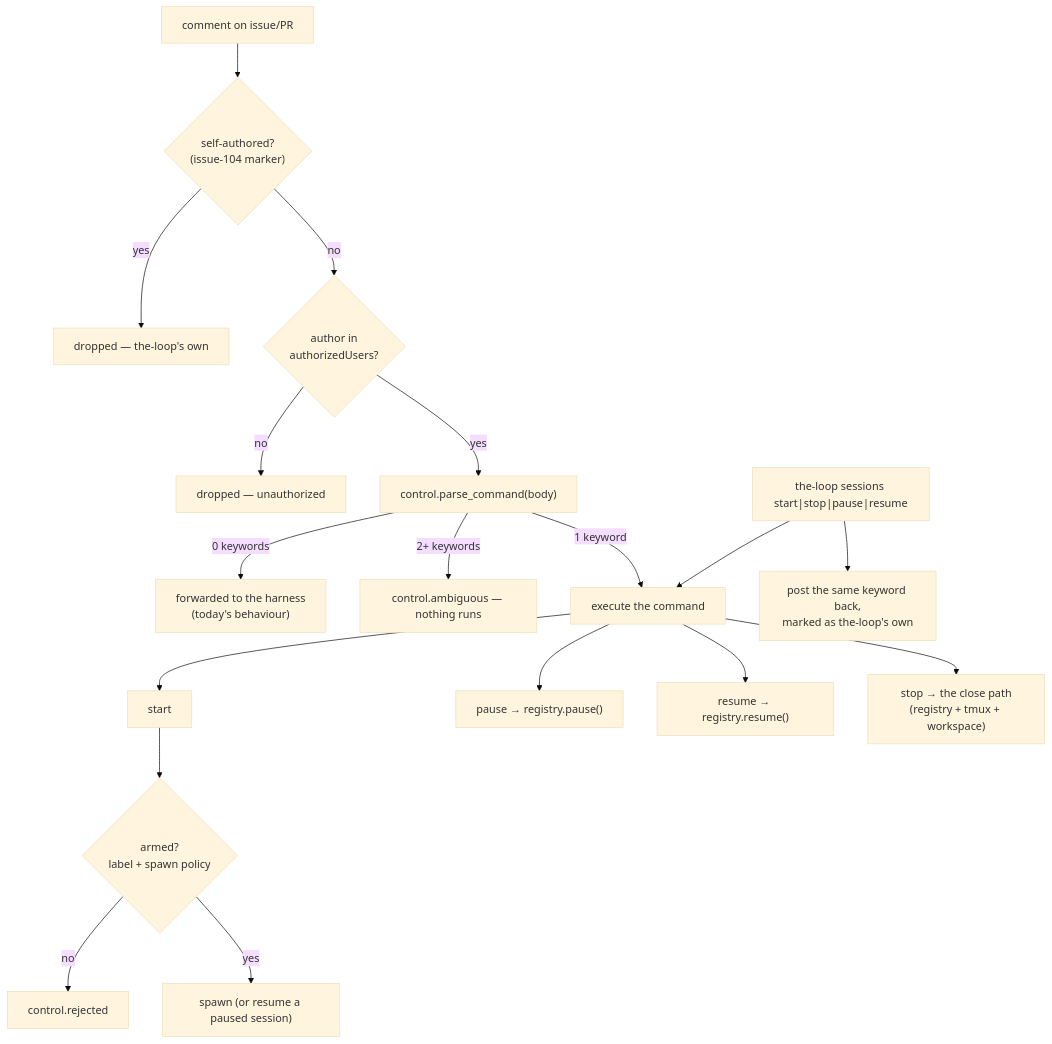
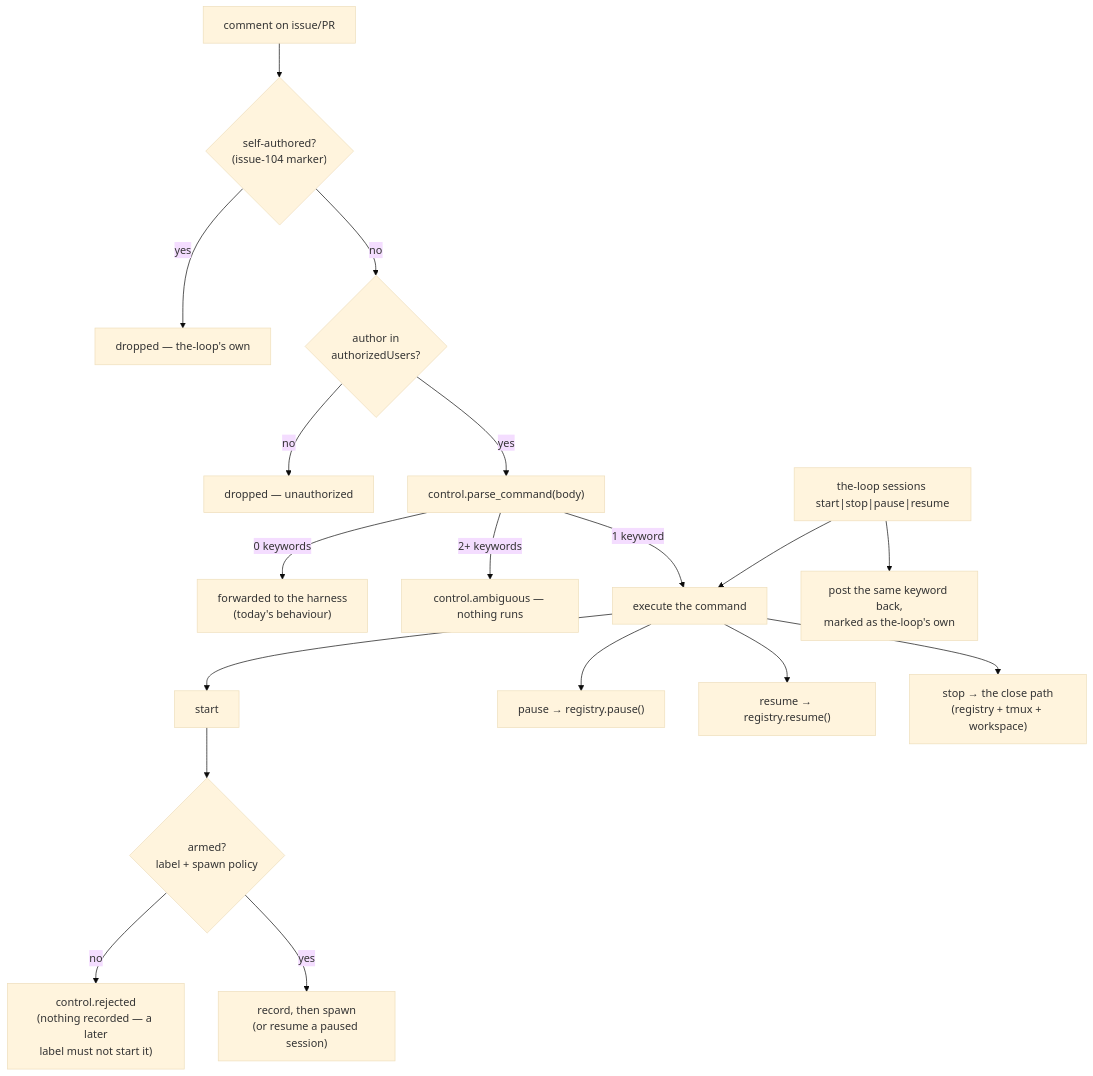
Before and after one commit to MadaraUchiha-314/the-loop: the diagram in docs/specs/issue-106/design.md, drawn with Mermaid (base theme). The commit also changed other lines of this file and 9 other files, not shown here.

First line of the commit message:
fix(cli): a refused start leaves nothing standing (issue #106)

````diff
--- a/docs/specs/issue-106/design.md
+++ b/docs/specs/issue-106/design.md
@@ -38,19 +38,19 @@
 ```mermaid
 flowchart TD
     C["comment on issue/PR"] --> SA{"self-authored?<br/>(issue-104 marker)"}
     SA -- yes --> DROP1["dropped — the-loop's own"]
     SA -- no --> AU{"author in<br/>authorizedUsers?"}
     AU -- no --> DROP2["dropped — unauthorized"]
     AU -- yes --> PC["control.parse_command(body)"]
     PC -- "0 keywords" --> FWD["forwarded to the harness<br/>(today's behaviour)"]
     PC -- "2+ keywords" --> AMB["control.ambiguous — nothing runs"]
     PC -- "1 keyword" --> EX["execute the command"]
     EX --> ST["start"] --> ARM{"armed?<br/>label + spawn policy"}
-    ARM -- no --> REJ["control.rejected"]
-    ARM -- yes --> SP["spawn (or resume a paused session)"]
+    ARM -- no --> REJ["control.rejected<br/>(nothing recorded — a later<br/>label must not start it)"]
+    ARM -- yes --> SP["record, then spawn<br/>(or resume a paused session)"]
     EX --> PA["pause → registry.pause()"]
     EX --> RE["resume → registry.resume()"]
     EX --> SO["stop → the close path<br/>(registry + tmux + workspace)"]
     CLI["the-loop sessions start|stop|pause|resume"] --> EX
     CLI --> POST["post the same keyword back,<br/>marked as the-loop's own"]
 ```
````
